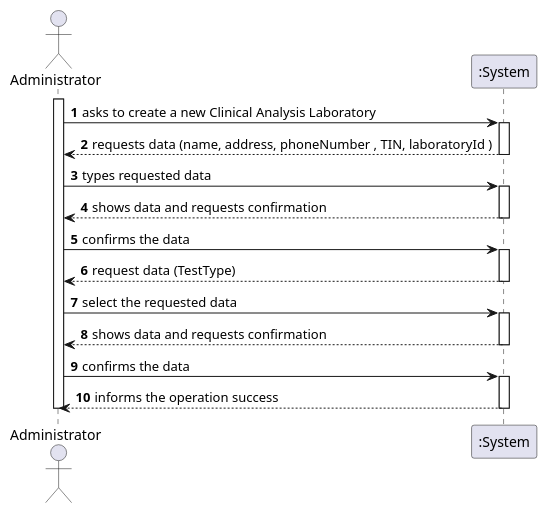
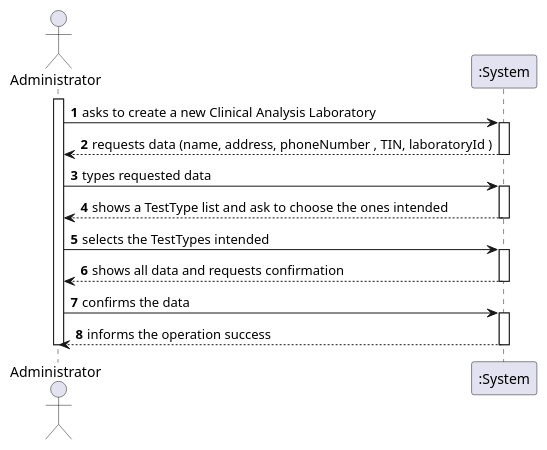
One commit to manu-07-ela/LAPR2_ISEP changed the diagram in docs/SprintB/US08/US08_SSD.puml. Above: the diagram before and after it, drawn with PlantUML. The commit also changed 4 other files, not shown here.

```diff
--- a/docs/SprintB/US08/US08_SSD.puml
+++ b/docs/SprintB/US08/US08_SSD.puml
@@ -1,36 +1,30 @@
 @startuml
 autonumber
 actor "Administrator" as Adm
 
 activate Adm
 Adm -> ":System" : asks to create a new Clinical Analysis Laboratory
 activate ":System"
 ":System" --> Adm : requests data (name, address, phoneNumber , TIN, laboratoryId )
 
 deactivate ":System"
 
 Adm -> ":System" : types requested data
 activate ":System"
-":System" --> Adm : shows data and requests confirmation
+":System" --> Adm : shows a TestType list and ask to choose the ones intended
 deactivate ":System"
 
-Adm -> ":System" : confirms the data
+Adm -> ":System" : selects the TestTypes intended
 activate ":System"
-":System" --> Adm : request data (TestType)
+":System" --> Adm : shows all data and requests confirmation
 deactivate ":System"
-
-Adm -> ":System" : select the requested data
-activate ":System"
-":System" --> Adm : shows data and requests confirmation
-deactivate ":System"
-
 
 
 Adm -> ":System" : confirms the data
 activate ":System"
 ":System" --> Adm : informs the operation success
 deactivate ":System"
 
 deactivate Adm
 
 @enduml
```
